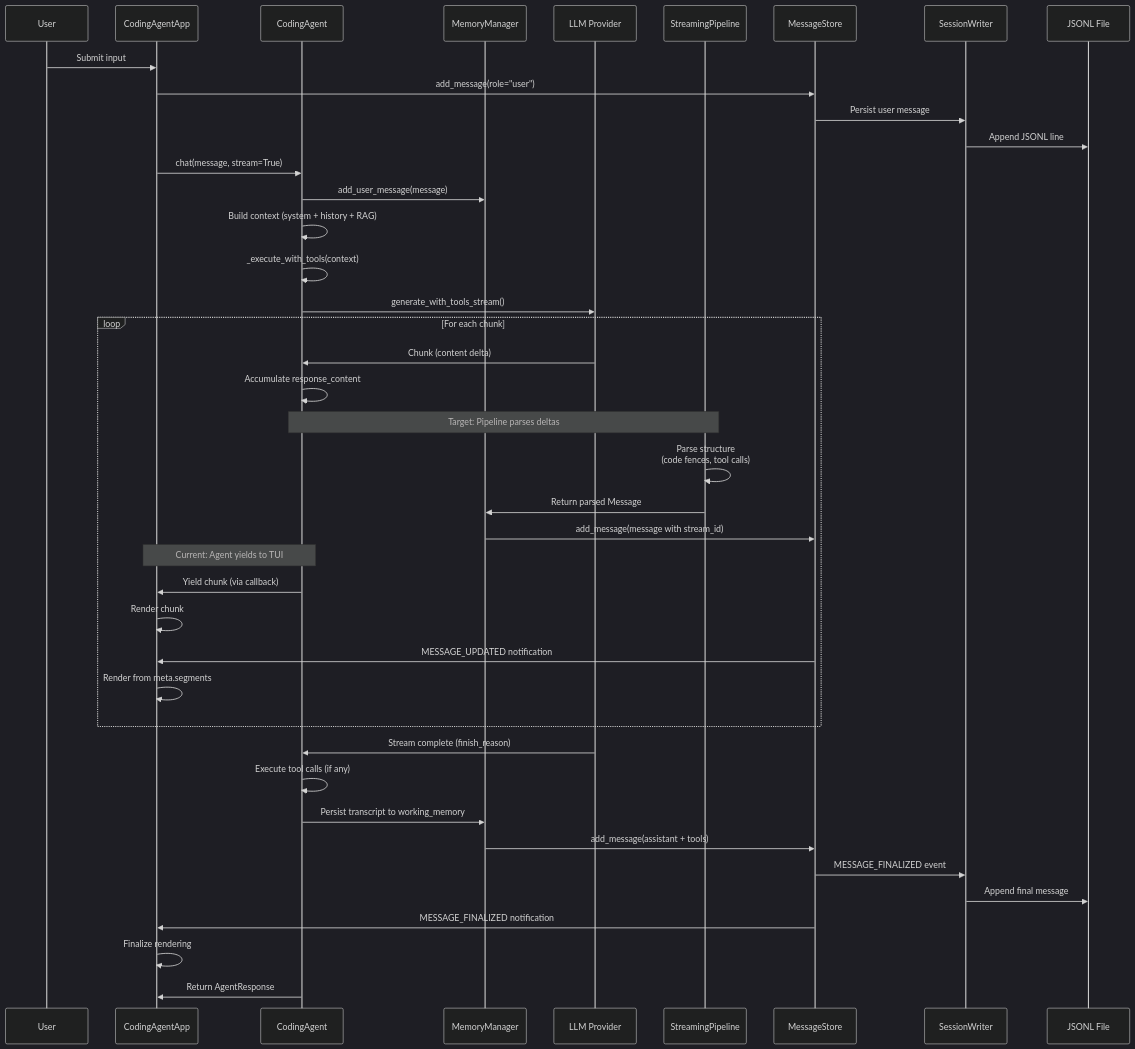
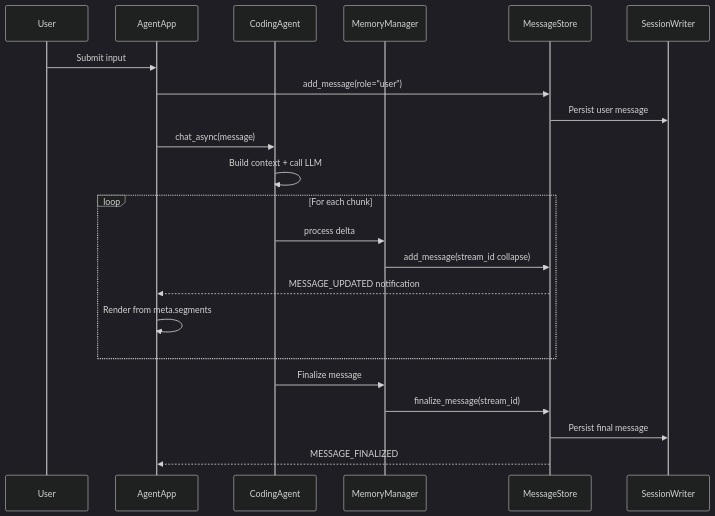
Before and after one commit to vijayjayanandan/claraity-code: the second of 7 diagrams in docs/TUI_PERSISTENCE_ARCHITECTURE.md, drawn with Mermaid (dark theme). The commit also changed other lines of this file and 8 other files, not shown here.

First line of the commit message:
Eliminate dual text accumulation and rewrite architecture doc

````diff
--- a/docs/TUI_PERSISTENCE_ARCHITECTURE.md
+++ b/docs/TUI_PERSISTENCE_ARCHITECTURE.md
@@ -129,50 +100,28 @@
 ```mermaid
 sequenceDiagram
     participant User
-    participant TUI as CodingAgentApp
+    participant TUI as AgentApp
     participant Agent as CodingAgent
     participant Memory as MemoryManager
-    participant Provider as LLM Provider
-    participant Pipeline as StreamingPipeline
     participant Store as MessageStore
     participant Writer as SessionWriter
-    participant JSONL as JSONL File
 
     User->>TUI: Submit input
     TUI->>Store: add_message(role="user")
     Store->>Writer: Persist user message
-    Writer->>JSONL: Append JSONL line
-    
-    TUI->>Agent: chat(message, stream=True)
-    Agent->>Memory: add_user_message(message)
-    Agent->>Agent: Build context (system + history + RAG)
-    Agent->>Agent: _execute_with_tools(context)
-    Agent->>Provider: generate_with_tools_stream()
-    
+
+    TUI->>Agent: chat_async(message)
+    Agent->>Agent: Build context + call LLM
+
     loop For each chunk
-        Provider->>Agent: Chunk (content delta)
-        Agent->>Agent: Accumulate response_content
-        
-        Note over Agent,Pipeline: Target: Pipeline parses deltas
-        Pipeline->>Pipeline: Parse structure<br/>(code fences, tool calls)
-        Pipeline->>Memory: Return parsed Message
-        Memory->>Store: add_message(message with stream_id)
-        
-        Note over Agent,TUI: Current: Agent yields to TUI
-        Agent->>TUI: Yield chunk (via callback)
-        TUI->>TUI: Render chunk
-        
-        Store->>TUI: MESSAGE_UPDATED notification
+        Agent->>Memory: process delta
+        Memory->>Store: add_message(stream_id collapse)
+        Store-->>TUI: MESSAGE_UPDATED notification
         TUI->>TUI: Render from meta.segments
     end
-    
-    Provider->>Agent: Stream complete (finish_reason)
-    Agent->>Agent: Execute tool calls (if any)
-    Agent->>Memory: Persist transcript to working_memory
-    Memory->>Store: add_message(assistant + tools)
-    Store->>Writer: MESSAGE_FINALIZED event
-    Writer->>JSONL: Append final message
-    Store->>TUI: MESSAGE_FINALIZED notification
-    TUI->>TUI: Finalize rendering
-    Agent->>TUI: Return AgentResponse
+
+    Agent->>Memory: Finalize message
+    Memory->>Store: finalize_message(stream_id)
+    Store->>Writer: Persist final message
+    Store-->>TUI: MESSAGE_FINALIZED
 ```
````
